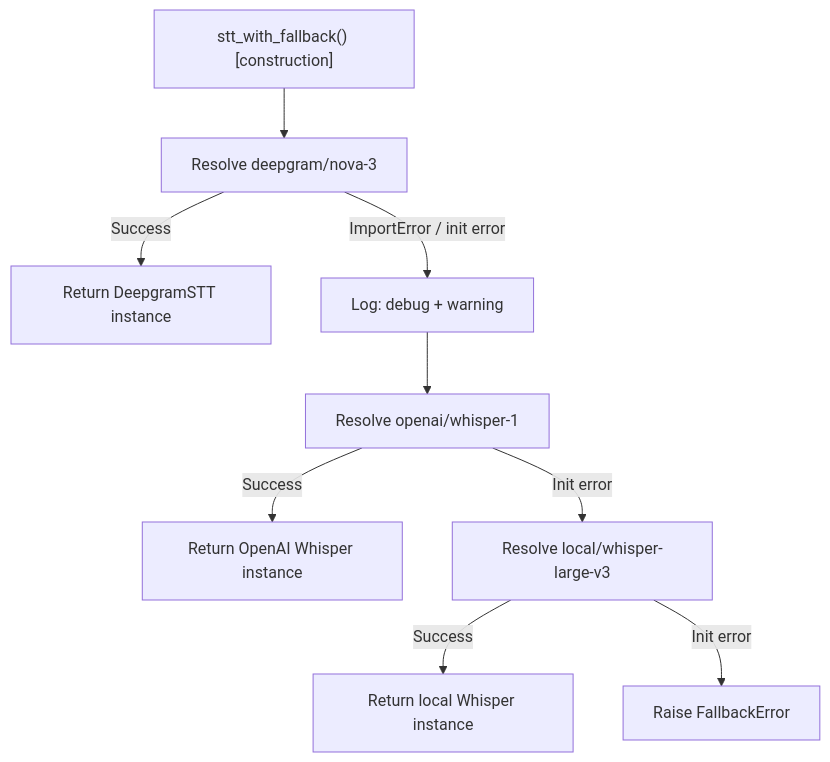
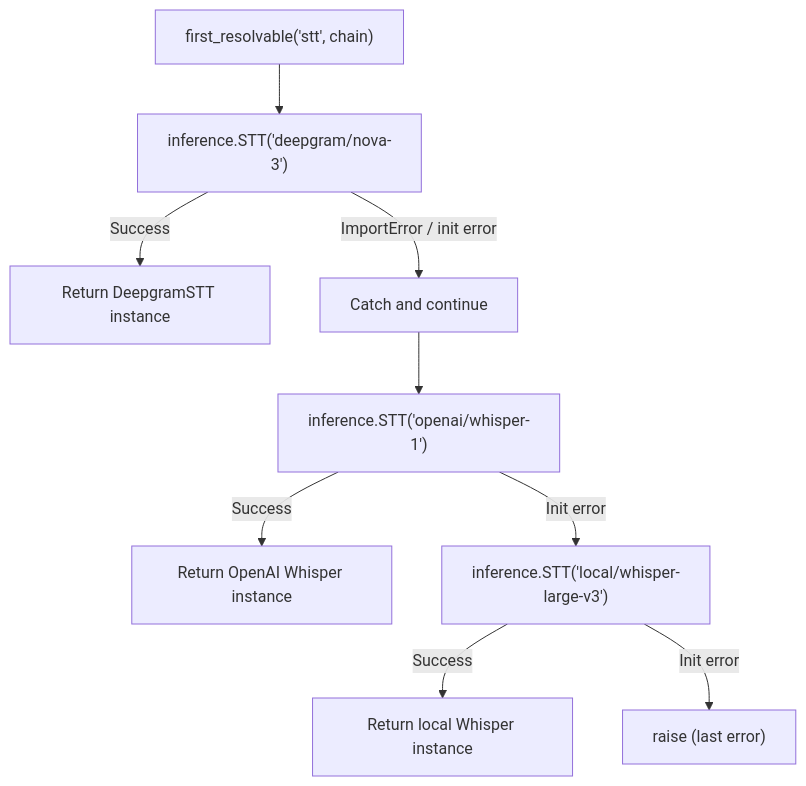
The diagram in docs/examples/fallback-chains.md (mahimailabs/voicegateway), drawn with Mermaid before and after one commit. The commit also changed other lines of this file and 41 other files, not shown here.

````diff
--- a/docs/examples/fallback-chains.md
+++ b/docs/examples/fallback-chains.md
@@ -91,11 +95,11 @@
 ```mermaid
 graph TD
-    A["stt_with_fallback() [construction]"] --> B["Resolve deepgram/nova-3"]
+    A["first_resolvable('stt', chain)"] --> B["inference.STT('deepgram/nova-3')"]
     B -->|Success| C["Return DeepgramSTT instance"]
-    B -->|ImportError / init error| D["Log: debug + warning"]
-    D --> E["Resolve openai/whisper-1"]
+    B -->|ImportError / init error| D["Catch and continue"]
+    D --> E["inference.STT('openai/whisper-1')"]
     E -->|Success| F["Return OpenAI Whisper instance"]
-    E -->|Init error| G["Resolve local/whisper-large-v3"]
+    E -->|Init error| G["inference.STT('local/whisper-large-v3')"]
     G -->|Success| H["Return local Whisper instance"]
-    G -->|Init error| I["Raise FallbackError"]
+    G -->|Init error| I["raise (last error)"]
 ```
````
